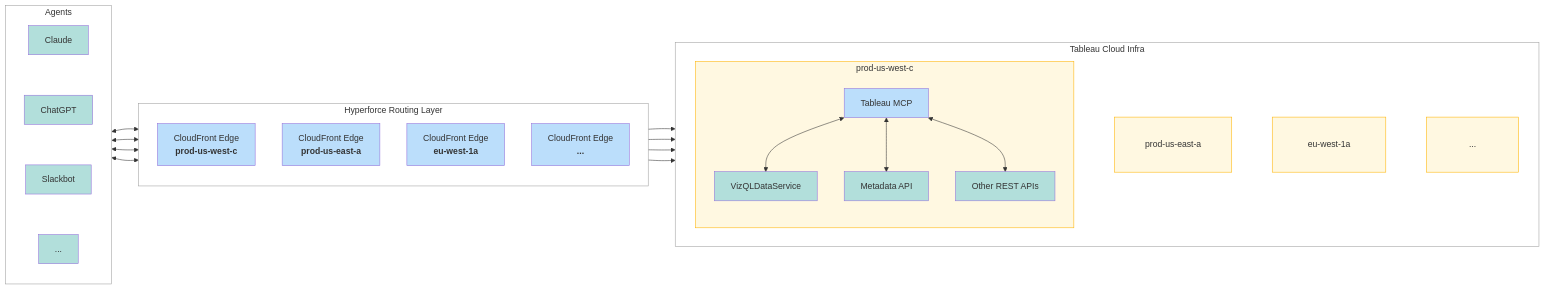
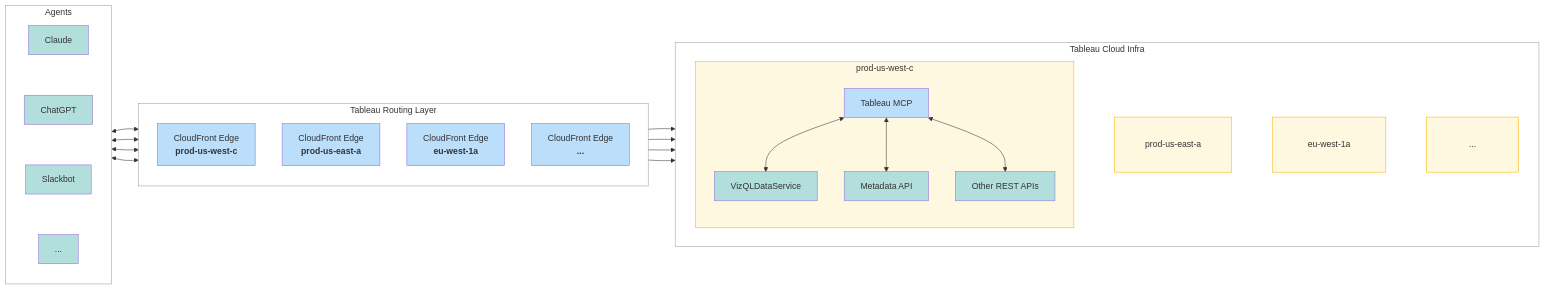
Before and after one commit to tableau/tableau-mcp: the diagram in docs/docs/hosted-tableau-mcp/architecture.md, drawn with Mermaid. The commit also changed other lines of this file and 1 other file, not shown here.

````diff
--- a/docs/docs/hosted-tableau-mcp/architecture.md
+++ b/docs/docs/hosted-tableau-mcp/architecture.md
@@ -13,65 +13,65 @@
 ```mermaid
 ---
 config:
   layout: dagre
   theme: default
 ---
 flowchart LR
  subgraph agents["Agents"]
     direction TB
         claude["Claude"]
         chatgpt["ChatGPT"]
         slackbot["Slackbot"]
         otherAgents["..."]
   end
- subgraph routing["Hyperforce Routing Layer"]
+ subgraph routing["Tableau Routing Layer"]
     direction TB
         edgeWest["CloudFront Edge<br/><b>prod-us-west-c</b>"]
         edgeEast["CloudFront Edge<br/><b>prod-us-east-a</b>"]
         edgeEu["CloudFront Edge<br/><b>eu-west-1a</b>"]
         edgeMore["CloudFront Edge<br/><b>...</b>"]
   end
  subgraph cloud["Tableau Cloud Infra"]
     direction LR
         podWest["prod-us-west-c"]
         podEast["&nbsp;<br/>&nbsp;&nbsp;&nbsp;&nbsp;&nbsp;&nbsp;prod-us-east-a&nbsp;&nbsp;&nbsp;&nbsp;&nbsp;&nbsp;<br/>&nbsp;"]
         podEu["&nbsp;<br/>&nbsp;&nbsp;&nbsp;&nbsp;&nbsp;&nbsp;&nbsp;&nbsp;eu-west-1a&nbsp;&nbsp;&nbsp;&nbsp;&nbsp;&nbsp;&nbsp;&nbsp;<br/>&nbsp;"]
         podMore["&nbsp;<br/>&nbsp;&nbsp;&nbsp;&nbsp;&nbsp;&nbsp;&nbsp;&nbsp;&nbsp;&nbsp;&nbsp;...&nbsp;&nbsp;&nbsp;&nbsp;&nbsp;&nbsp;&nbsp;&nbsp;&nbsp;&nbsp;&nbsp;<br/>&nbsp;"]
   end
  subgraph podWest["prod-us-west-c"]
     direction TB
         mcp["Tableau MCP"]
         vizportal["VizQLDataService"]
         vizserver["Metadata API"]
         otherApis["Other REST APIs"]
   end
     claude ~~~ chatgpt ~~~ slackbot ~~~ otherAgents
     podWest ~~~ podEast ~~~ podEu ~~~ podMore
     agents <--> edgeWest & edgeEast & edgeEu & edgeMore
     edgeWest --> podWest
     edgeEast --> podEast
     edgeEu --> podEu
     edgeMore --> podMore
     mcp <--> vizportal
     mcp <--> vizserver
     mcp <--> otherApis
     style agents fill:#FFFFFF,stroke:#9E9E9E
     style routing fill:#FFFFFF,stroke:#9E9E9E
     style cloud fill:#FFFFFF,stroke:#9E9E9E
     style podWest fill:#FFF8E1,stroke:#FFB300
     style podEast fill:#FFF8E1,stroke:#FFB300
     style podEu fill:#FFF8E1,stroke:#FFB300
     style podMore fill:#FFF8E1,stroke:#FFB300
     style edgeWest fill:#BBDEFB
     style edgeEast fill:#BBDEFB
     style edgeEu fill:#BBDEFB
     style edgeMore fill:#BBDEFB
     style mcp fill:#BBDEFB
     style vizportal fill:#B2DFDB
     style vizserver fill:#B2DFDB
     style otherApis fill:#B2DFDB
     style claude fill:#B2DFDB
     style chatgpt fill:#B2DFDB
     style slackbot fill:#B2DFDB
     style otherAgents fill:#B2DFDB
 ```
````
